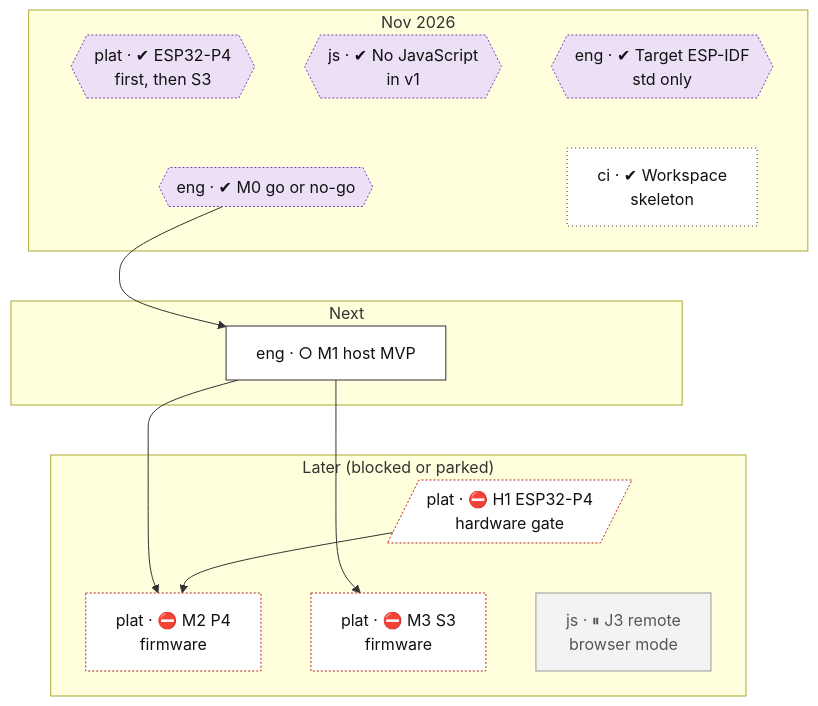
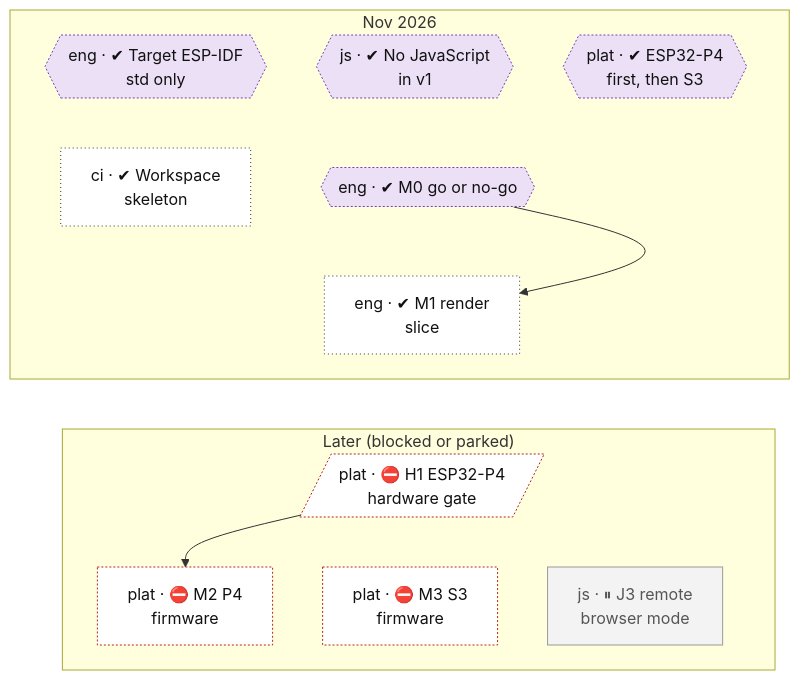
The second of 2 diagrams in docs/roadmap.md (lhns/embedded-browser), drawn with Mermaid before and after one commit. The commit also changed other lines of this file and 35 other files, not shown here.

First line of the commit message:
M1 slice 1: core render API, simulator, goldens, references, heap-cap gate

````diff
--- a/docs/roadmap.md
+++ b/docs/roadmap.md
@@ -98,51 +100,46 @@
 ```mermaid
 flowchart TB
     subgraph bd_0["Nov 2026"]
         eng_std_only_esp_idf{{"eng · ✔ Target ESP-IDF<br/>std only"}}
         js_no_js_in_v1{{"js · ✔ No JavaScript<br/>in v1"}}
         plat_boards_p4_first{{"plat · ✔ ESP32-P4<br/>first, then S3"}}
         ci_workspace_skeleton["ci · ✔ Workspace<br/>skeleton"]
         eng_m0_go_no_go{{"eng · ✔ M0 go or no-go"}}
+        eng_m1_render["eng · ✔ M1 render<br/>slice"]
     end
-    subgraph bd_1["Next"]
-        eng_m1_host_mvp["eng · ○ M1 host MVP"]
-    end
-    subgraph bd_2["Later (blocked or parked)"]
+    subgraph bd_1["Later (blocked or parked)"]
         plat_h1_p4_gate[/"plat · ⛔ H1 ESP32-P4<br/>hardware gate"/]
         plat_m2_p4_firmware["plat · ⛔ M2 P4<br/>firmware"]
         plat_m3_s3_firmware["plat · ⛔ M3 S3<br/>firmware"]
         js_j3_remote_mode["js · ⏸ J3 remote<br/>browser mode"]
     end
     eng_std_only_esp_idf ~~~ ci_workspace_skeleton
     js_no_js_in_v1 ~~~ eng_m0_go_no_go
     plat_boards_p4_first ~~~ eng_m0_go_no_go
-    ci_workspace_skeleton ~~~ eng_m1_host_mvp
-    eng_m0_go_no_go ~~~ eng_m1_host_mvp
-    eng_m1_host_mvp ~~~ plat_h1_p4_gate
+    ci_workspace_skeleton ~~~ eng_m1_render
+    eng_m0_go_no_go ~~~ eng_m1_render
+    eng_m1_render ~~~ plat_h1_p4_gate
     plat_h1_p4_gate ~~~ plat_m2_p4_firmware
     plat_h1_p4_gate ~~~ plat_m3_s3_firmware
     plat_h1_p4_gate ~~~ js_j3_remote_mode
-    eng_m0_go_no_go --> eng_m1_host_mvp
+    eng_m0_go_no_go --> eng_m1_render
     plat_h1_p4_gate --> plat_m2_p4_firmware
-    eng_m1_host_mvp --> plat_m2_p4_firmware
-    eng_m1_host_mvp --> plat_m3_s3_firmware
     classDef vsucc fill:#2e9e4f,stroke:#1b6b34,color:#fff
     classDef succ fill:#bfe8c8,stroke:#2e9e4f,color:#111
     classDef mixed fill:#ffd37a,stroke:#c98a00,color:#111
     classDef bad fill:#f28b82,stroke:#b3261e,color:#111
     classDef dead fill:#e6e6e6,stroke:#777,stroke-dasharray:5 5,color:#555
     classDef inprog fill:#a8cdf5,stroke:#1f6fc5,color:#111
     classDef next fill:#fff,stroke:#333,color:#111
     classDef blocked fill:#fff,stroke:#b3261e,stroke-dasharray:2 2,color:#111
     classDef parked fill:#f3f3f3,stroke:#999,color:#555
     classDef unrated fill:#fff,stroke:#333,stroke-dasharray:1 3,color:#111
     classDef gate fill:#d9c2f0,stroke:#7b3fb5,color:#111
     classDef decided fill:#ece0f7,stroke:#7b3fb5,stroke-dasharray:2 2,color:#111
     classDef finding fill:#ffe0b2,stroke:#d84315,stroke-width:2px,color:#111
     classDef waiting fill:#e3f2fd,stroke:#1f6fc5,stroke-dasharray:5 5,color:#111
     class eng_std_only_esp_idf,js_no_js_in_v1,plat_boards_p4_first,eng_m0_go_no_go decided
-    class ci_workspace_skeleton unrated
-    class eng_m1_host_mvp next
+    class ci_workspace_skeleton,eng_m1_render unrated
     class plat_h1_p4_gate,plat_m2_p4_firmware,plat_m3_s3_firmware blocked
     class js_j3_remote_mode parked
 ```
````
